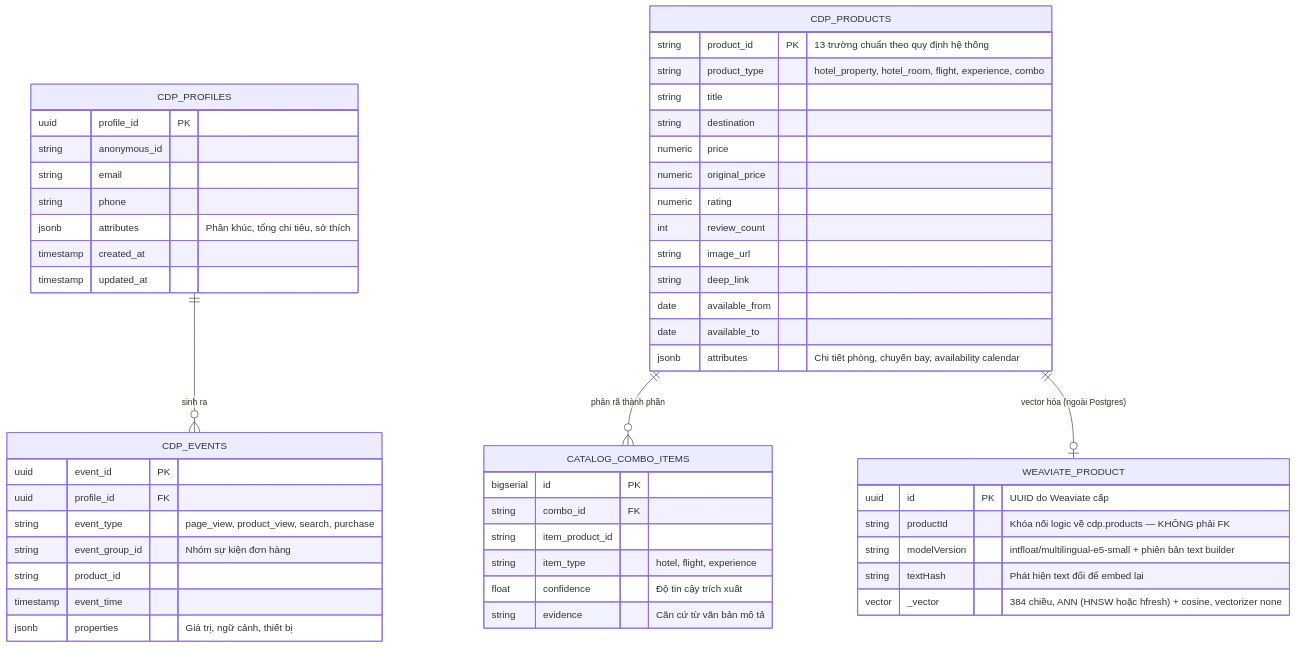
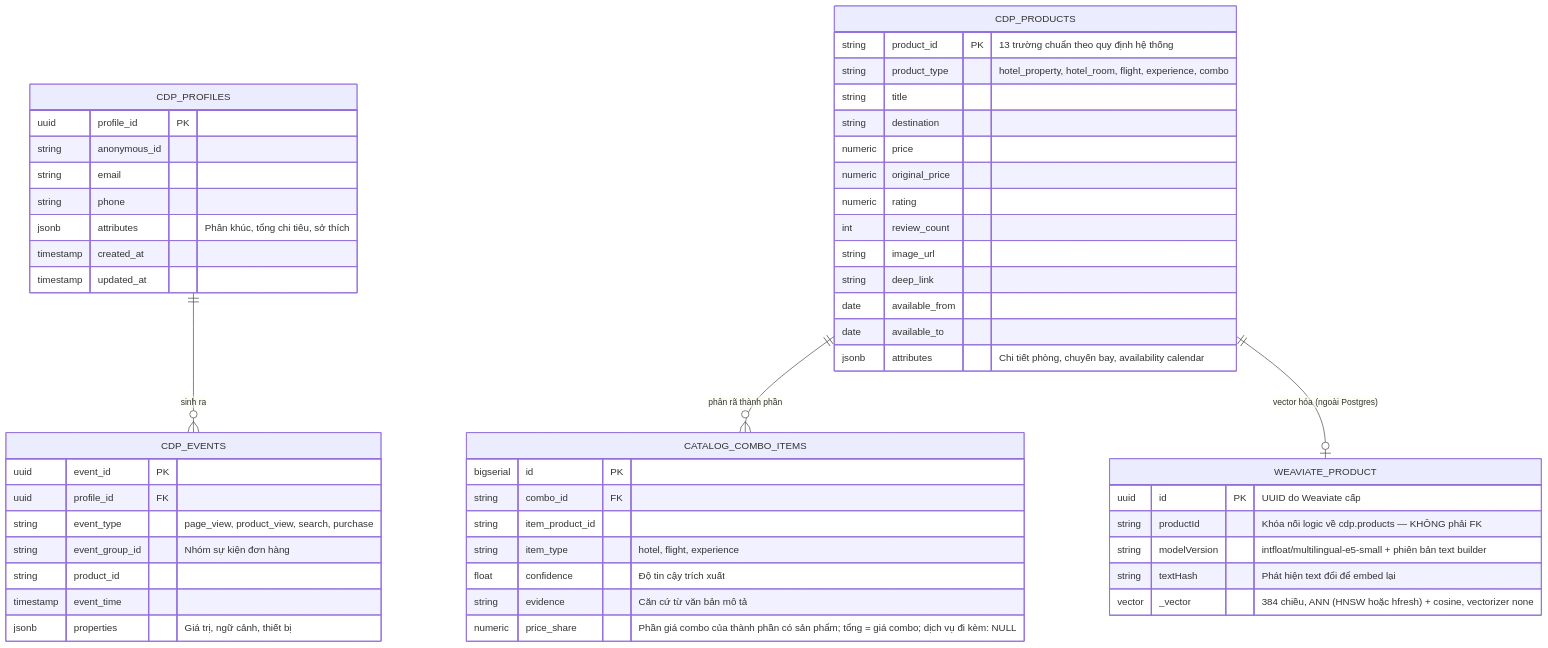
One commit to NguyenNhat4/Travel-Recommend-System changed the first of 2 diagrams in docs/prd/data-model.md. Above: the diagram before and after it, drawn with Mermaid. The commit also changed other lines of this file and 31 other files, not shown here.

````diff
--- a/docs/prd/data-model.md
+++ b/docs/prd/data-model.md
@@ -60,59 +60,60 @@
 ```mermaid
 erDiagram
     CDP_PROFILES ||--o{ CDP_EVENTS : "sinh ra"
     CDP_PRODUCTS ||--o{ CATALOG_COMBO_ITEMS : "phân rã thành phần"
     CDP_PRODUCTS ||--o| WEAVIATE_PRODUCT : "vector hóa (ngoài Postgres)"
 
     CDP_PROFILES {
         uuid profile_id PK
         string anonymous_id
         string email
         string phone
         jsonb attributes "Phân khúc, tổng chi tiêu, sở thích"
         timestamp created_at
         timestamp updated_at
     }
 
     CDP_EVENTS {
         uuid event_id PK
         uuid profile_id FK
         string event_type "page_view, product_view, search, purchase"
         string event_group_id "Nhóm sự kiện đơn hàng"
         string product_id
         timestamp event_time
         jsonb properties "Giá trị, ngữ cảnh, thiết bị"
     }
 
     CDP_PRODUCTS {
         string product_id PK "13 trường chuẩn theo quy định hệ thống"
         string product_type "hotel_property, hotel_room, flight, experience, combo"
         string title
         string destination
         numeric price
         numeric original_price
         numeric rating
         int review_count
         string image_url
         string deep_link
         date available_from
         date available_to
         jsonb attributes "Chi tiết phòng, chuyến bay, availability calendar"
     }
 
     CATALOG_COMBO_ITEMS {
         bigserial id PK
         string combo_id FK
         string item_product_id
         string item_type "hotel, flight, experience"
         float confidence "Độ tin cậy trích xuất"
         string evidence "Căn cứ từ văn bản mô tả"
+        numeric price_share "Phần giá combo của thành phần có sản phẩm; tổng = giá combo; dịch vụ đi kèm: NULL"
     }
 
     WEAVIATE_PRODUCT {
         uuid id PK "UUID do Weaviate cấp"
         string productId "Khóa nối logic về cdp.products — KHÔNG phải FK"
         string modelVersion "intfloat/multilingual-e5-small + phiên bản text builder"
         string textHash "Phát hiện text đổi để embed lại"
         vector _vector "384 chiều, ANN (HNSW hoặc hfresh) + cosine, vectorizer none"
     }
 ```
````
